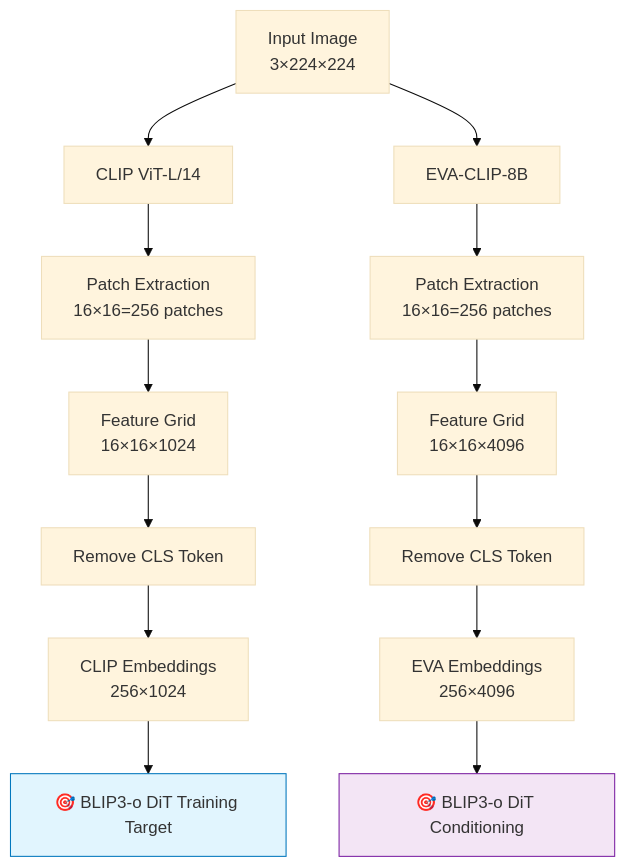
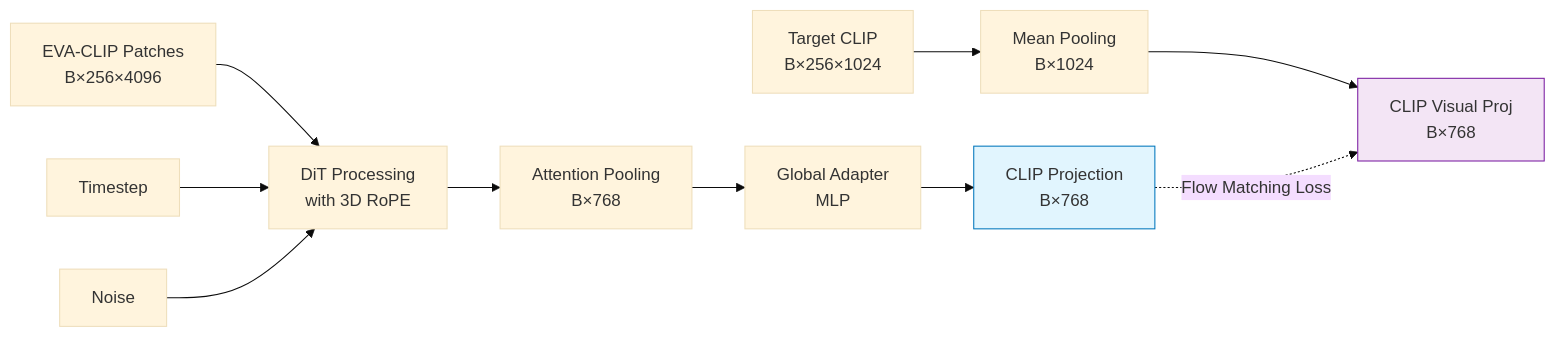
The first of 2 diagrams in README.md (Hafeezmhk7/eva-clip-v6), drawn with Mermaid (base theme) before and after one commit. The commit also changed other lines of this file and 3 other files, not shown here.

````diff
--- a/README.md
+++ b/README.md
@@ -60,21 +18,17 @@
 ```mermaid
-flowchart TD
-    A[Input Image\n3×224×224] --> B[CLIP ViT-L/14]
-    A --> C[EVA-CLIP-8B]
+flowchart LR
+    A[EVA-CLIP Patches\nB×256×4096] --> B[DiT Processing\nwith 3D RoPE]
+    C[Timestep] --> B
+    D[Noise] --> B
+    B --> E[Attention Pooling\nB×768]
+    E --> F[Global Adapter\nMLP]
+    F --> G[CLIP Projection\nB×768]
     
-    B --> D[Patch Extraction\n16×16=256 patches]
-    D --> E[Feature Grid\n16×16×1024]
-    E --> F[Remove CLS Token]
-    F --> G[CLIP Embeddings\n256×1024]
+    H[Target CLIP\nB×256×1024] --> I[Mean Pooling\nB×1024]
+    I --> J[CLIP Visual Proj\nB×768]
     
-    C --> H[Patch Extraction\n16×16=256 patches] 
-    H --> I[Feature Grid\n16×16×4096]
-    I --> J[Remove CLS Token]
-    J --> K[EVA Embeddings\n256×4096]
+    G -.->|Flow Matching Loss| J
     
-    G --> L[🎯 BLIP3-o DiT Training Target]
-    K --> M[🎯 BLIP3-o DiT Conditioning]
-    
-    style L fill:#e1f5fe,stroke:#0277bd
-    style M fill:#f3e5f5,stroke:#7b1fa2
+    style G fill:#e1f5fe,stroke:#0277bd
+    style J fill:#f3e5f5,stroke:#7b1fa2
 ```
````
